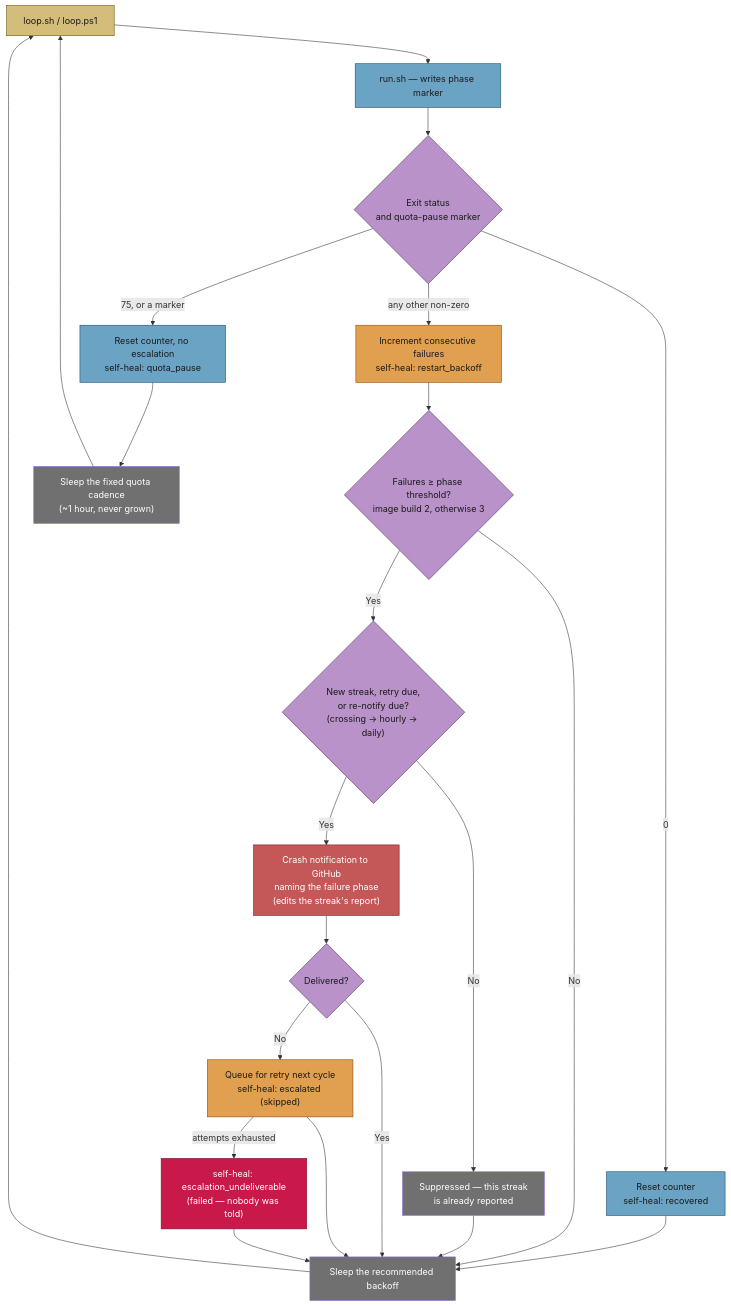
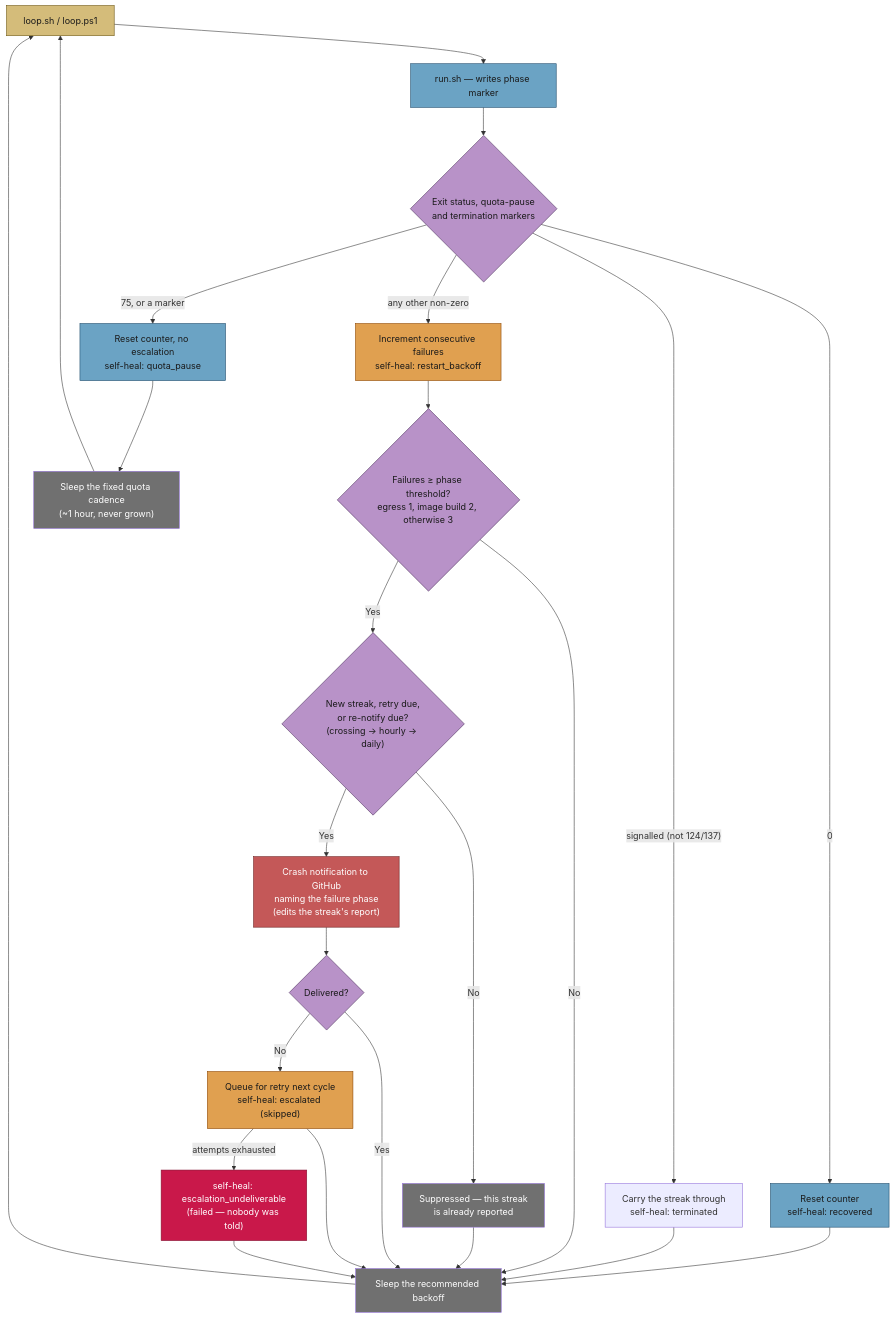
One commit to stSoftwareAU/VibeCoder changed the second of 6 diagrams in docs/workflows/resilience-and-concurrency.md. Above: the diagram before and after it, drawn with Mermaid. The commit also changed other lines of this file and 47 other files, not shown here.

````diff
--- a/docs/workflows/resilience-and-concurrency.md
+++ b/docs/workflows/resilience-and-concurrency.md
@@ -84,46 +99,48 @@
 ```mermaid
 flowchart TD
   Loop["loop.sh / loop.ps1"]
   Launch["run.sh — writes phase marker"]
-  Status{"Exit status<br/>and quota-pause marker"}
+  Status{"Exit status, quota-pause<br/>and termination markers"}
   Reset["Reset counter<br/>self-heal: recovered"]
   Quota["Reset counter, no escalation<br/>self-heal: quota_pause"]
+  Stopped["Carry the streak through<br/>self-heal: terminated"]
   Count["Increment consecutive failures<br/>self-heal: restart_backoff"]
-  Threshold{"Failures ≥ phase threshold?<br/>image build 2, otherwise 3"}
+  Threshold{"Failures ≥ phase threshold?<br/>egress 1, image build 2, otherwise 3"}
   Due{"New streak, retry due,<br/>or re-notify due?<br/>(crossing → hourly → daily)"}
   Dedup["Suppressed — this streak<br/>is already reported"]
   Escalate["Crash notification to GitHub<br/>naming the failure phase<br/>(edits the streak's report)"]
   Delivered{"Delivered?"}
   Queue["Queue for retry next cycle<br/>self-heal: escalated (skipped)"]
   Lost["self-heal: escalation_undeliverable<br/>(failed — nobody was told)"]
   Cadence["Sleep the fixed quota cadence<br/>(~1 hour, never grown)"]
   Sleep["Sleep the recommended backoff"]
   Loop --> Launch --> Status
   Status -->|0| Reset --> Sleep
   Status -->|75, or a marker| Quota --> Cadence
+  Status -->|"signalled (not 124/137)"| Stopped --> Sleep
   Status -->|any other non-zero| Count --> Threshold
   Threshold -->|No| Sleep
   Threshold -->|Yes| Due
   Due -->|No| Dedup --> Sleep
   Due -->|Yes| Escalate --> Delivered
   Delivered -->|Yes| Sleep
   Delivered -->|No| Queue --> Sleep
   Queue -->|attempts exhausted| Lost --> Sleep
   Sleep --> Loop
   Cadence --> Loop
   style Loop fill:#d4bc7a,stroke:#6b5510,color:#1a1a1a
   style Launch fill:#6ba3c4,stroke:#1d4a6a,color:#1a1a1a
   style Status fill:#b892c8,stroke:#4a2d5a,color:#1a1a1a
   style Threshold fill:#b892c8,stroke:#4a2d5a,color:#1a1a1a
   style Due fill:#b892c8,stroke:#4a2d5a,color:#1a1a1a
   style Delivered fill:#b892c8,stroke:#4a2d5a,color:#1a1a1a
   style Reset fill:#6ba3c4,stroke:#1d4a6a,color:#1a1a1a
   style Quota fill:#6ba3c4,stroke:#1d4a6a,color:#1a1a1a
   style Cadence fill:#707070,stroke:,color:#fff
   style Count fill:#e0a050,stroke:#8b4500,color:#1a1a1a
   style Dedup fill:#707070,stroke:,color:#fff
   style Escalate fill:#c45858,stroke:#6b2020,color:#fff
   style Queue fill:#e0a050,stroke:#8b4500,color:#1a1a1a
   style Lost fill:#c9184a,stroke:#800f2f,color:#fff
   style Sleep fill:#707070,stroke:,color:#fff
 ```
````
